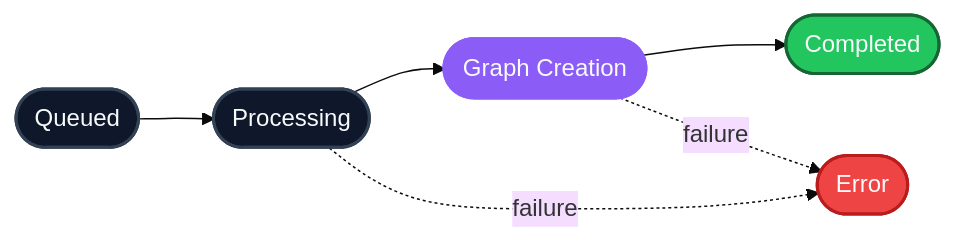
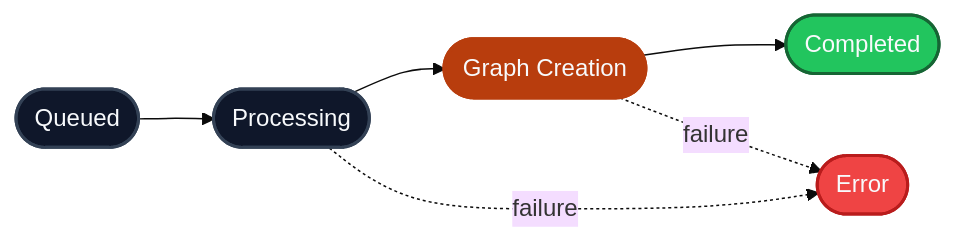
The second of 2 diagrams in get-started/quickstart.mdx (hydra-db/mintlify-docs), drawn with Mermaid (base theme) before and after one commit. The commit also changed other lines of this file and 13 other files, not shown here.

````diff
--- a/get-started/quickstart.mdx
+++ b/get-started/quickstart.mdx
@@ -260,14 +260,14 @@
 ```mermaid
 flowchart LR
   Q([Queued]) --> P([Processing])
   P --> G([Graph Creation])
   G --> C([Completed])
   P -.failure.-> E([Error])
   G -.failure.-> E
 
   style Q fill:#0f172a,stroke:#334155,stroke-width:2px,color:#f8fafc,stroke-linecap:round
   style P fill:#0f172a,stroke:#334155,stroke-width:2px,color:#f8fafc,stroke-linecap:round
-  style G fill:#8b5cf6,stroke:#8b5cf6,stroke-width:2.5px,color:#f8fafc,stroke-linecap:round
+  style G fill:#b83d0d,stroke:#b83d0d,stroke-width:2.5px,color:#f8fafc,stroke-linecap:round
   style C fill:#22c55e,stroke:#166534,stroke-width:2px,color:#f8fafc,stroke-linecap:round
   style E fill:#ef4444,stroke:#b91c1c,stroke-width:2px,color:#f8fafc,stroke-linecap:round
 ```
````
